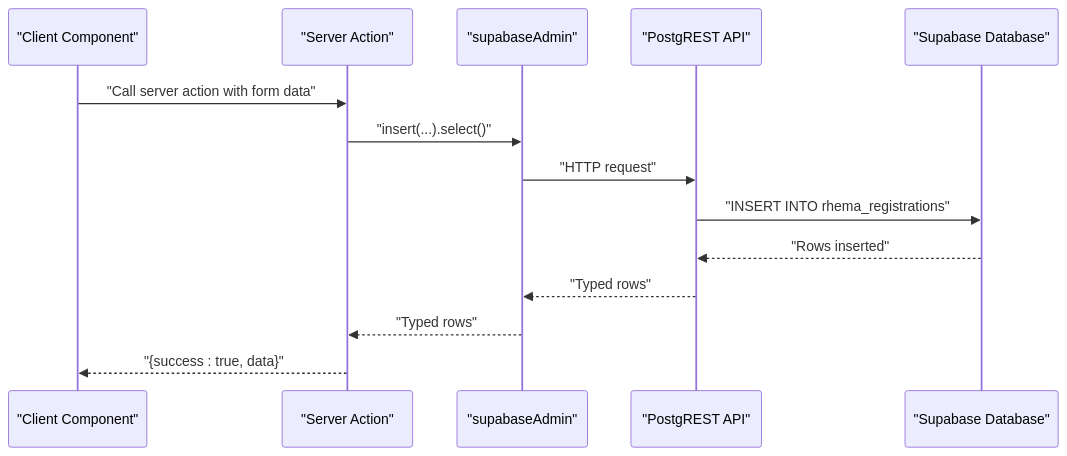
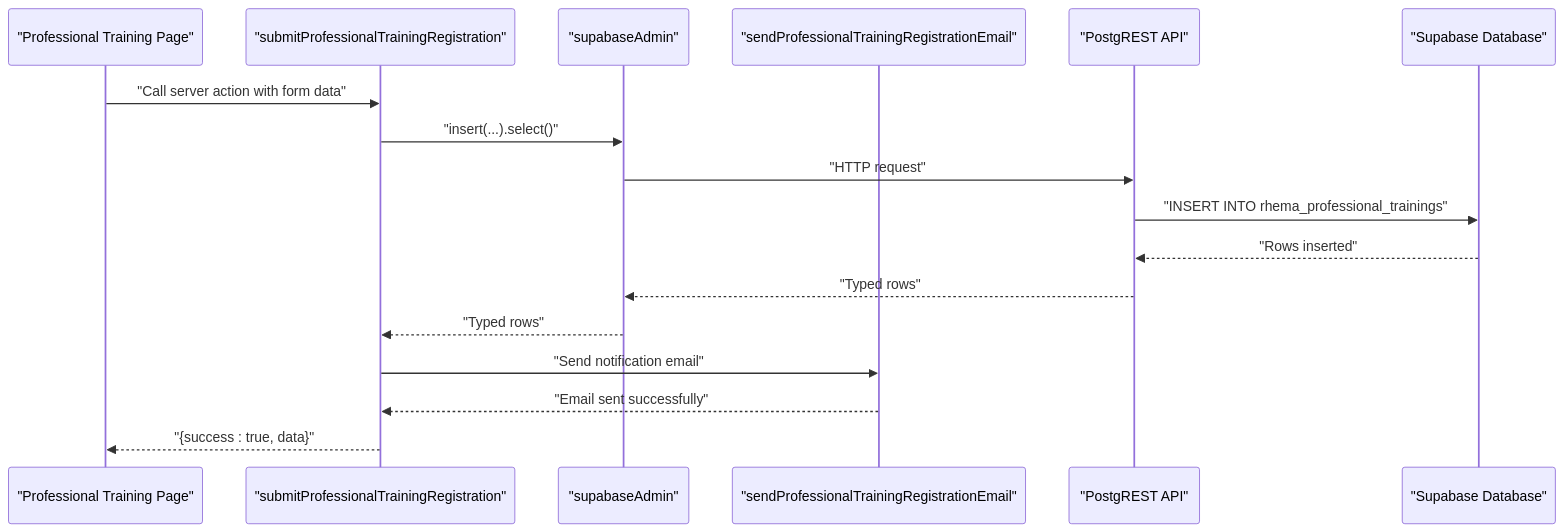
One commit to Black-box01/rhemaexpertsolutions changed the second of 8 diagrams in .qoder/repowiki/en/content/Database Integration/TypeScript Type Definitions.md. Above: the diagram before and after it, drawn with Mermaid. The commit also changed other lines of this file and 22 other files, not shown here.

First line of the commit message:
feat(professional-trainings): add professional training registration system

````diff
--- a/.qoder/repowiki/en/content/Database Integration/TypeScript Type Definitions.md
+++ b/.qoder/repowiki/en/content/Database Integration/TypeScript Type Definitions.md
@@ -110,16 +145,19 @@
 ```mermaid
 sequenceDiagram
-participant UI as "Client Component"
-participant Action as "Server Action"
+participant UI as "Professional Training Page"
+participant Action as "submitProfessionalTrainingRegistration"
 participant Admin as "supabaseAdmin"
+participant Email as "sendProfessionalTrainingRegistrationEmail"
 participant PostgREST as "PostgREST API"
 participant DB as "Supabase Database"
 UI->>Action : "Call server action with form data"
 Action->>Admin : "insert(...).select()"
 Admin->>PostgREST : "HTTP request"
-PostgREST->>DB : "INSERT INTO rhema_registrations"
+PostgREST->>DB : "INSERT INTO rhema_professional_trainings"
 DB-->>PostgREST : "Rows inserted"
 PostgREST-->>Admin : "Typed rows"
 Admin-->>Action : "Typed rows"
+Action->>Email : "Send notification email"
+Email-->>Action : "Email sent successfully"
 Action-->>UI : "{success : true, data}"
 ```
````
